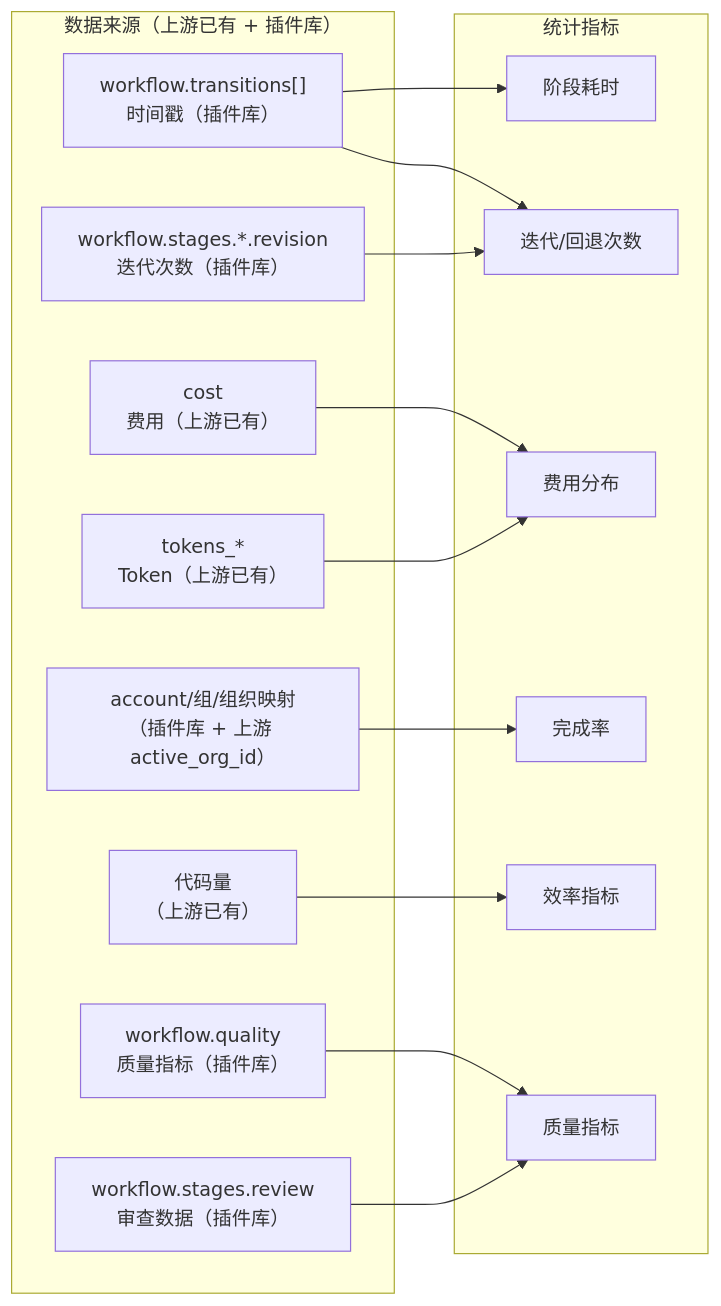
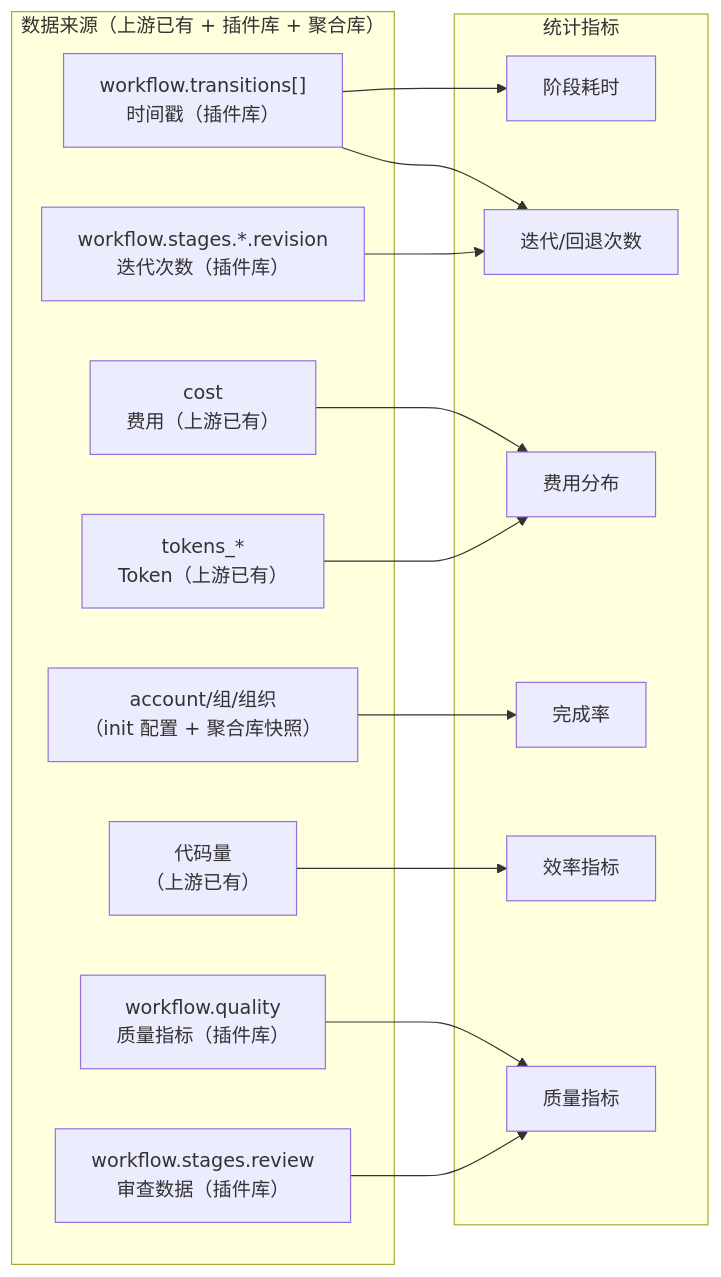
Diagram 12 of 14 in specs/customize/session-management.md (wonglaitung/opencode), drawn with Mermaid before and after one commit. The commit also changed other lines of this file, not shown here.

First line of the commit message:
docs(session-management): 改名 opencode-sm，改为自助 init + org 级收集汇聚模型

````diff
--- a/specs/customize/session-management.md
+++ b/specs/customize/session-management.md
@@ -767,32 +798,32 @@
 ```mermaid
 graph LR
-    subgraph Source["数据来源（上游已有 + 插件库）"]
+    subgraph Source["数据来源（上游已有 + 插件库 + 聚合库）"]
         WF["workflow.transitions[]<br/>时间戳（插件库）"]
         REV["workflow.stages.*.revision<br/>迭代次数（插件库）"]
         COST["cost<br/>费用（上游已有）"]
         TOK["tokens_*<br/>Token（上游已有）"]
         DIFF["代码量<br/>（上游已有）"]
-        ACCT["account/组/组织映射<br/>（插件库 + 上游 active_org_id）"]
+        ACCT["account/组/组织<br/>（init 配置 + 聚合库快照）"]
         QM["workflow.quality<br/>质量指标（插件库）"]
         RV["workflow.stages.review<br/>审查数据（插件库）"]
     end
 
     subgraph Metrics["统计指标"]
         M1["阶段耗时"]
         M2["迭代/回退次数"]
         M3["费用分布"]
         M4["完成率"]
         M5["效率指标"]
         M6["质量指标"]
     end
 
     WF --> M1
     WF --> M2
     REV --> M2
     COST --> M3
     TOK --> M3
     DIFF --> M5
     ACCT --> M4
     QM --> M6
     RV --> M6
 ```
````
